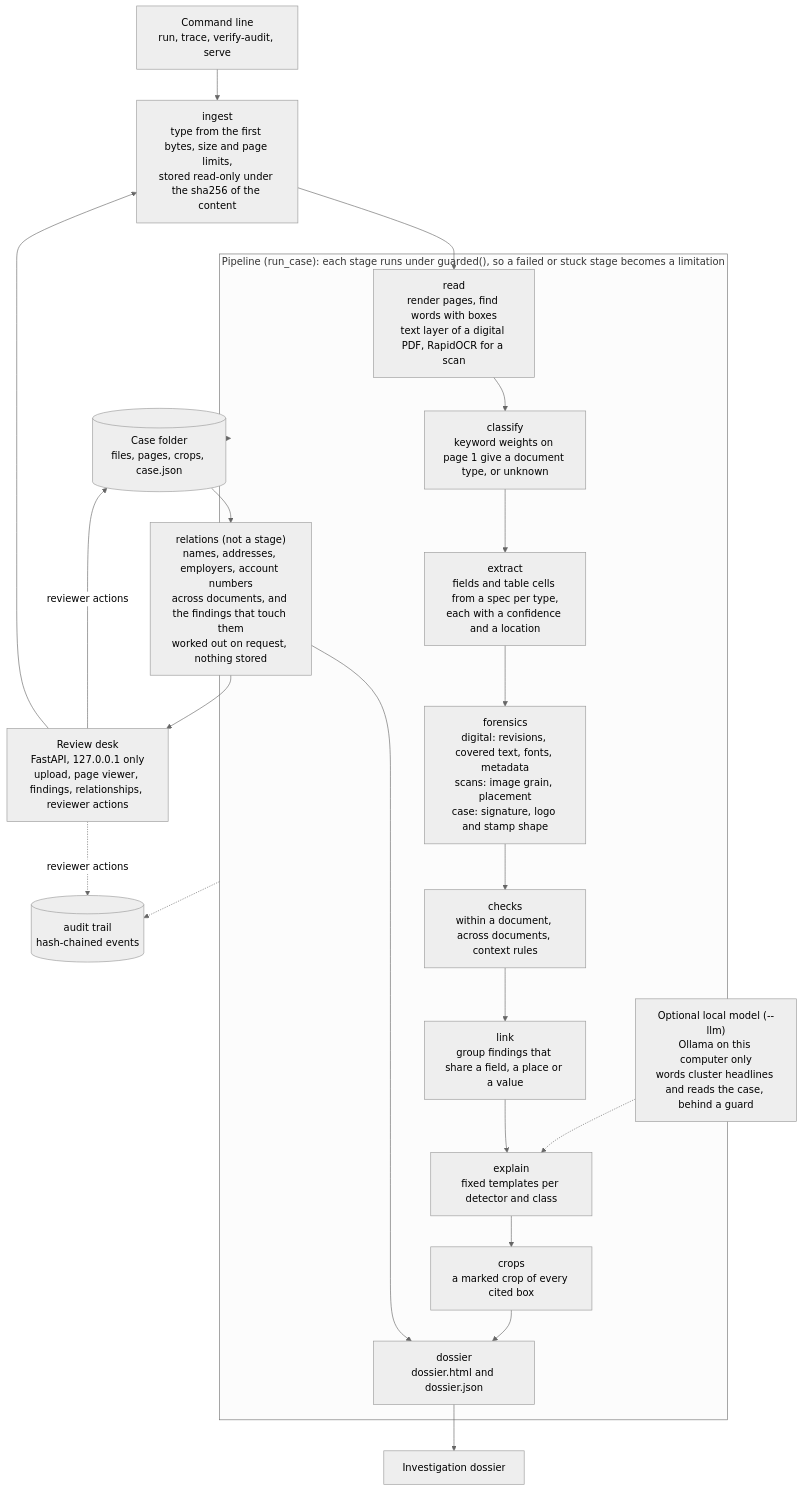
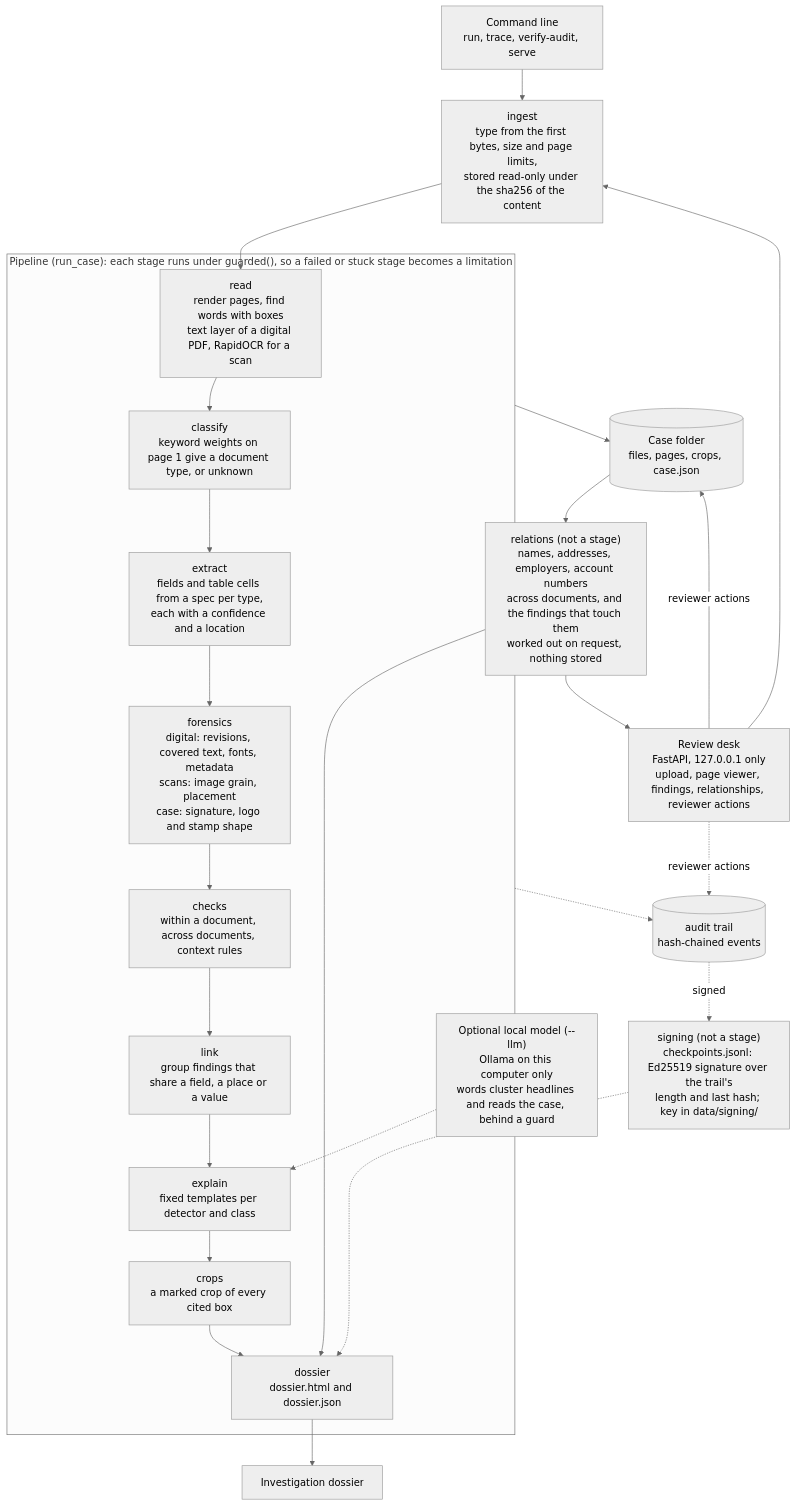
Before and after one commit to BU1lDR/docforensics: the diagram in docs/architecture.md, drawn with Mermaid (neutral theme). The commit also changed other lines of this file and 18 other files, not shown here.

````diff
--- a/docs/architecture.md
+++ b/docs/architecture.md
@@ -5,36 +5,39 @@
 ```mermaid
 flowchart TD
     cli["Command line<br/>run, trace, verify-audit, serve"]
     desk["Review desk<br/>FastAPI, 127.0.0.1 only<br/>upload, page viewer, findings, relationships, reviewer actions"]
     ingest["ingest<br/>type from the first bytes, size and page limits,<br/>stored read-only under the sha256 of the content"]
     cli --> ingest
     desk --> ingest
     ingest --> read
 
     subgraph pipeline["Pipeline (run_case): each stage runs under guarded(), so a failed or stuck stage becomes a limitation"]
         read["read<br/>render pages, find words with boxes<br/>text layer of a digital PDF, RapidOCR for a scan"]
         classify["classify<br/>keyword weights on page 1 give a document type, or unknown"]
         extract["extract<br/>fields and table cells from a spec per type,<br/>each with a confidence and a location"]
         forensics["forensics<br/>digital: revisions, covered text, fonts, metadata<br/>scans: image grain, placement<br/>case: signature, logo and stamp shape"]
         checks["checks<br/>within a document, across documents, context rules"]
         link["link<br/>group findings that share a field, a place or a value"]
         explain["explain<br/>fixed templates per detector and class"]
         crops["crops<br/>a marked crop of every cited box"]
         dossier["dossier<br/>dossier.html and dossier.json"]
         read --> classify --> extract --> forensics --> checks --> link --> explain --> crops --> dossier
     end
 
     llm["Optional local model (--llm)<br/>Ollama on this computer only<br/>words cluster headlines and reads the case, behind a guard"]
     llm -.-> explain
     casefolder[("Case folder<br/>files, pages, crops, case.json")]
     audit[("audit trail<br/>hash-chained events")]
+    sig["signing (not a stage)<br/>checkpoints.jsonl: Ed25519 signature over the trail's<br/>length and last hash; key in data/signing/"]
     relations["relations (not a stage)<br/>names, addresses, employers, account numbers<br/>across documents, and the findings that touch them<br/>worked out on request, nothing stored"]
     pipeline --> casefolder
     pipeline -.-> audit
+    audit -.->|"signed"| sig
+    sig -.-> dossier
     casefolder --> relations
     relations --> desk
     relations --> dossier
     desk -->|"reviewer actions"| casefolder
     desk -.->|"reviewer actions"| audit
     dossier --> report["Investigation dossier"]
 ```
````
